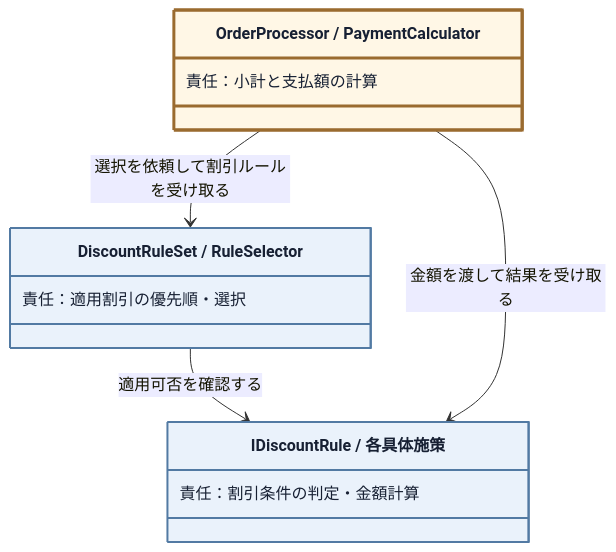
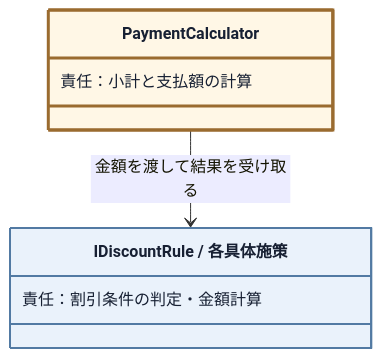
The tenth of 19 diagrams in kindle/design-patterns/books/volume01-core-patterns/output/03-chapter01.md (kumachan1101-pixel/DesignPattern), drawn with Mermaid before and after one commit. The commit also changed other lines of this file and 19 other files, not shown here.

````diff
--- a/kindle/design-patterns/books/volume01-core-patterns/output/03-chapter01.md
+++ b/kindle/design-patterns/books/volume01-core-patterns/output/03-chapter01.md
@@ -1412,19 +1410,14 @@
 ```mermaid
 classDiagram
     direction TB
-    class OrderCalculation["OrderProcessor / PaymentCalculator"]:::current {
+    class OrderCalculation["PaymentCalculator"]:::current {
         責任：小計と支払額の計算
     }
     class PromotionPolicy["IDiscountRule / 各具体施策"]:::separated {
         責任：割引条件の判定・金額計算
     }
-    class ConflictPolicy["DiscountRuleSet / RuleSelector"]:::separated {
-        責任：適用割引の優先順・選択
-    }
-    OrderCalculation --> ConflictPolicy : 選択を依頼して割引ルールを受け取る
-    ConflictPolicy --> PromotionPolicy : 適用可否を確認する
     OrderCalculation --> PromotionPolicy : 金額を渡して結果を受け取る
 
     classDef separated fill:#eaf2fb,stroke:#527aa3,stroke-width:2px,color:#172033;
     classDef current fill:#fff7e6,stroke:#9a6b2f,stroke-width:3px,color:#172033;
 ```
````
